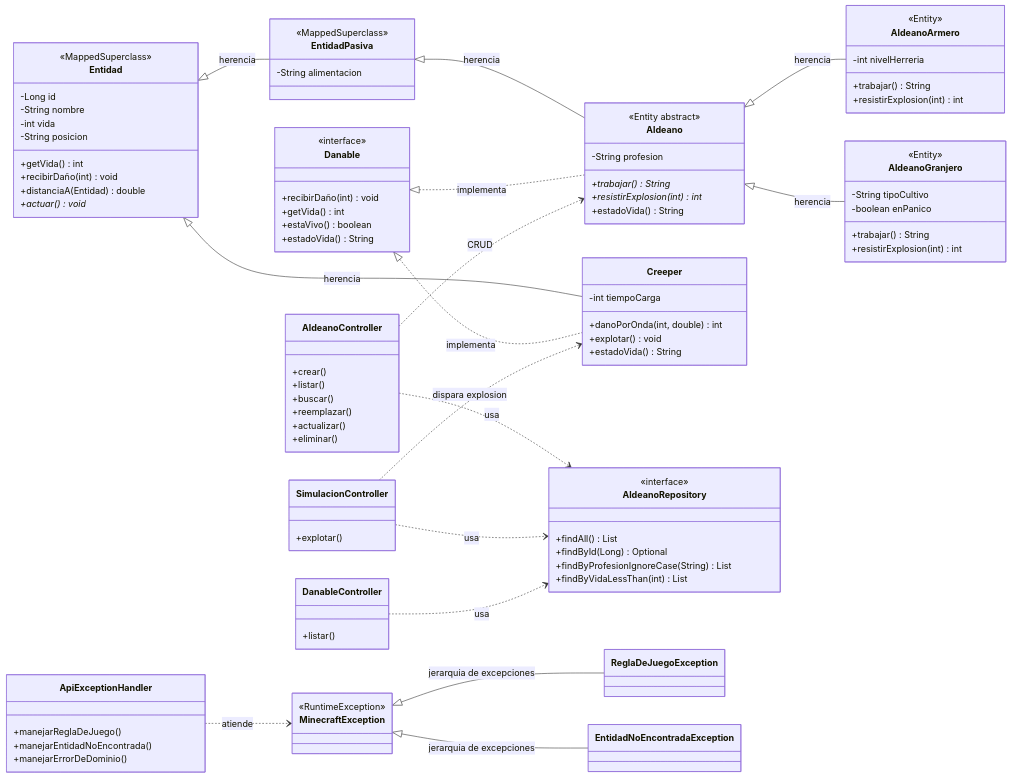
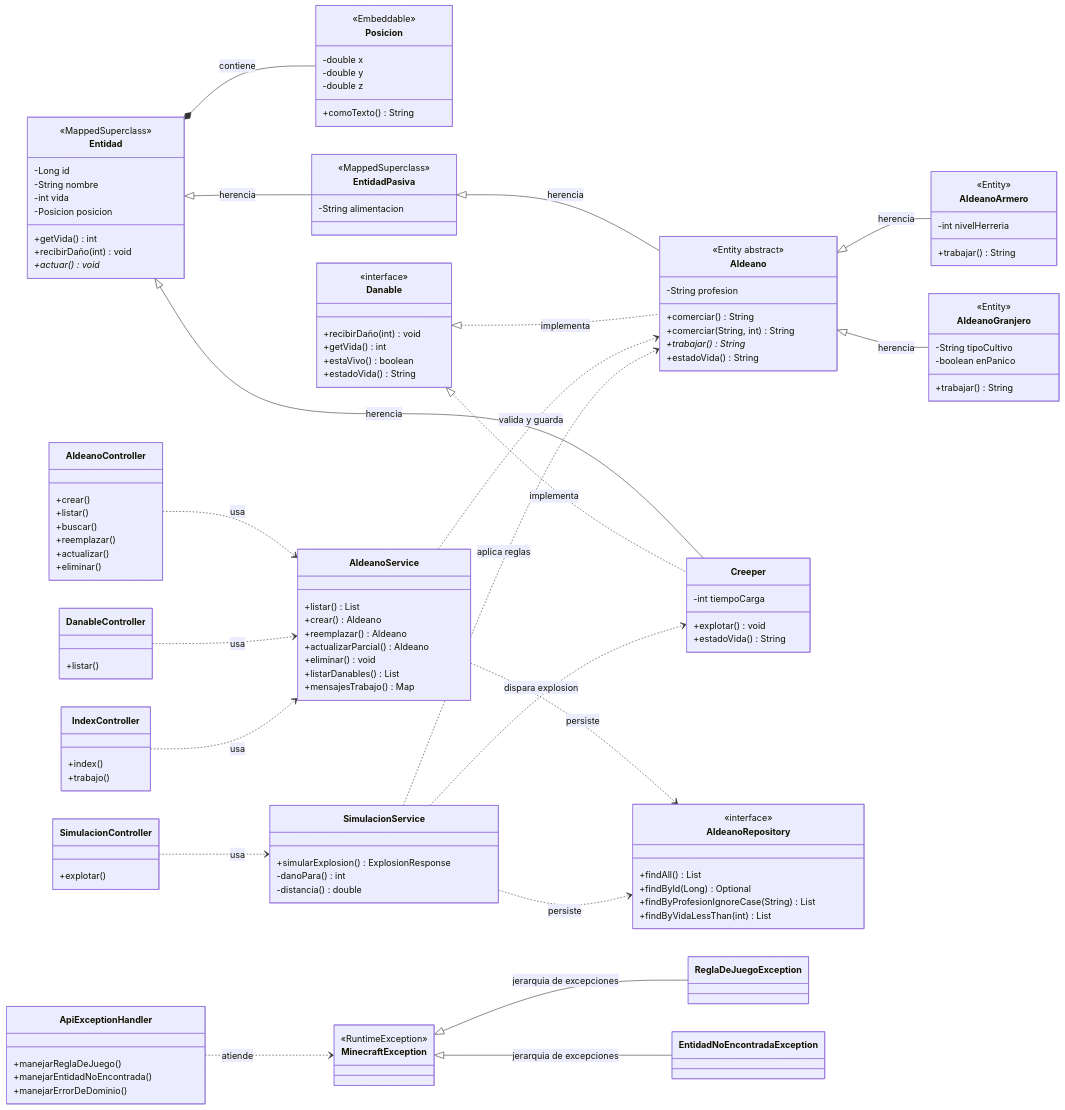
One commit to duw4ng/arar-taller-git-2026 changed the diagram in README.md. Above: the diagram before and after it, drawn with Mermaid. The commit also changed other lines of this file and 20 other files, not shown here.

First line of the commit message:
fix: mueve validaciones y reglas al service y hace numerica la posicion

````diff
--- a/README.md
+++ b/README.md
@@ -79,16 +80,23 @@
 ```mermaid
 classDiagram
     direction LR
+
+    class Posicion {
+        <<Embeddable>>
+        -double x
+        -double y
+        -double z
+        +comoTexto() String
+    }
 
     class Entidad {
         <<MappedSuperclass>>
         -Long id
         -String nombre
         -int vida
-        -String posicion
+        -Posicion posicion
         +getVida() int
         +recibirDaño(int) void
-        +distanciaA(Entidad) double
         +actuar()* void
     }
 
@@ -108,8 +116,9 @@
     class Aldeano {
         <<Entity abstract>>
         -String profesion
+        +comerciar() String
+        +comerciar(String, int) String
         +trabajar()* String
-        +resistirExplosion(int)* int
         +estadoVida() String
     }
 
@@ -117,7 +126,6 @@
         <<Entity>>
         -int nivelHerreria
         +trabajar() String
-        +resistirExplosion(int) int
     }
 
     class AldeanoGranjero {
@@ -125,12 +133,10 @@
         -String tipoCultivo
         -boolean enPanico
         +trabajar() String
-        +resistirExplosion(int) int
     }
 
     class Creeper {
         -int tiempoCarga
-        +danoPorOnda(int, double) int
         +explotar() void
         +estadoVida() String
     }
@@ -141,6 +147,22 @@
         +findById(Long) Optional
         +findByProfesionIgnoreCase(String) List
         +findByVidaLessThan(int) List
+    }
+
+    class AldeanoService {
+        +listar() List
+        +crear() Aldeano
+        +reemplazar() Aldeano
+        +actualizarParcial() Aldeano
+        +eliminar() void
+        +listarDanables() List
+        +mensajesTrabajo() Map
+    }
+
+    class SimulacionService {
+        +simularExplosion() ExplosionResponse
+        -danoPara() int
+        -distancia() double
     }
 
     class AldeanoController {
@@ -160,6 +182,11 @@
         +listar()
     }
 
+    class IndexController {
+        +index()
+        +trabajo()
+    }
+
     class MinecraftException {
         <<RuntimeException>>
     }
@@ -172,6 +199,7 @@
         +manejarErrorDeDominio()
     }
 
+    Entidad *-- Posicion : contiene
     Entidad <|-- EntidadPasiva : herencia
     EntidadPasiva <|-- Aldeano : herencia
     Aldeano <|-- AldeanoArmero : herencia
@@ -181,11 +209,16 @@
     Danable <|.. Aldeano : implementa
     Danable <|.. Creeper : implementa
 
-    AldeanoController ..> AldeanoRepository : usa
-    SimulacionController ..> AldeanoRepository : usa
-    DanableController ..> AldeanoRepository : usa
-    AldeanoController ..> Aldeano : CRUD
-    SimulacionController ..> Creeper : dispara explosion
+    AldeanoController ..> AldeanoService : usa
+    DanableController ..> AldeanoService : usa
+    IndexController ..> AldeanoService : usa
+    SimulacionController ..> SimulacionService : usa
+
+    AldeanoService ..> AldeanoRepository : persiste
+    AldeanoService ..> Aldeano : valida y guarda
+    SimulacionService ..> AldeanoRepository : persiste
+    SimulacionService ..> Aldeano : aplica reglas
+    SimulacionService ..> Creeper : dispara explosion
 
     MinecraftException <|-- ReglaDeJuegoException : jerarquia de excepciones
     MinecraftException <|-- EntidadNoEncontradaException : jerarquia de excepciones
````
